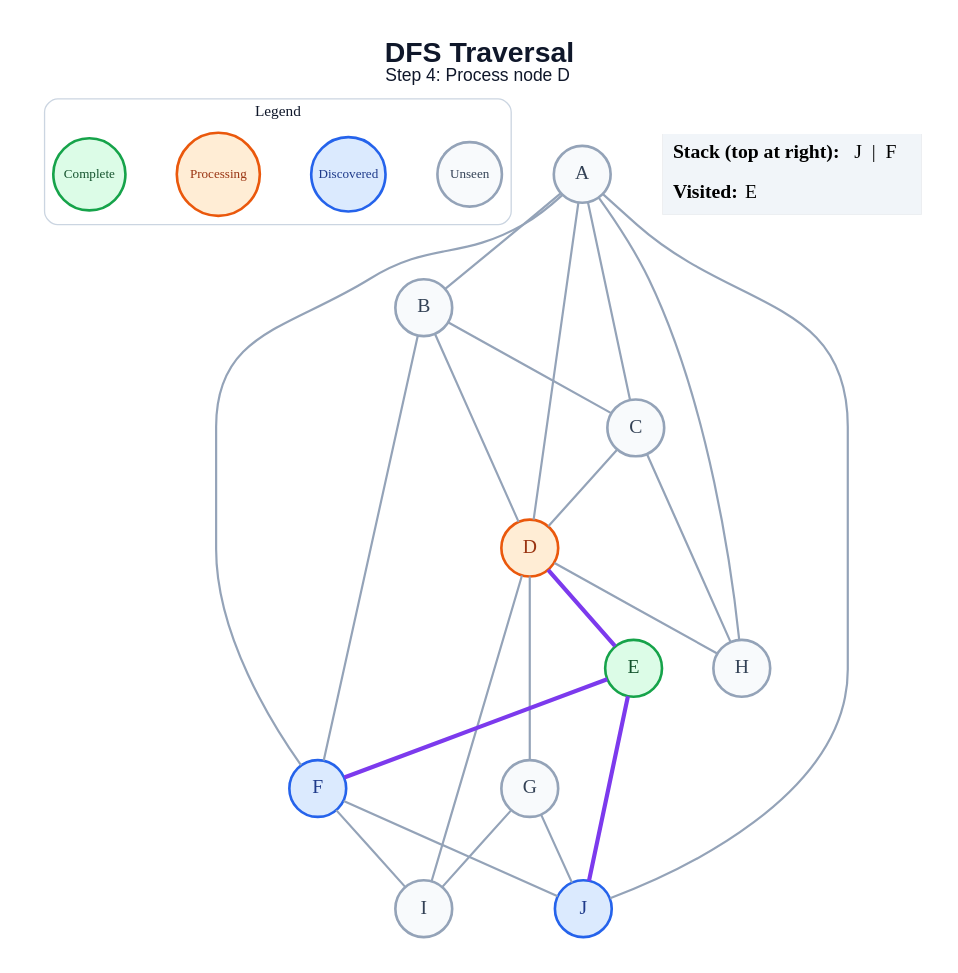
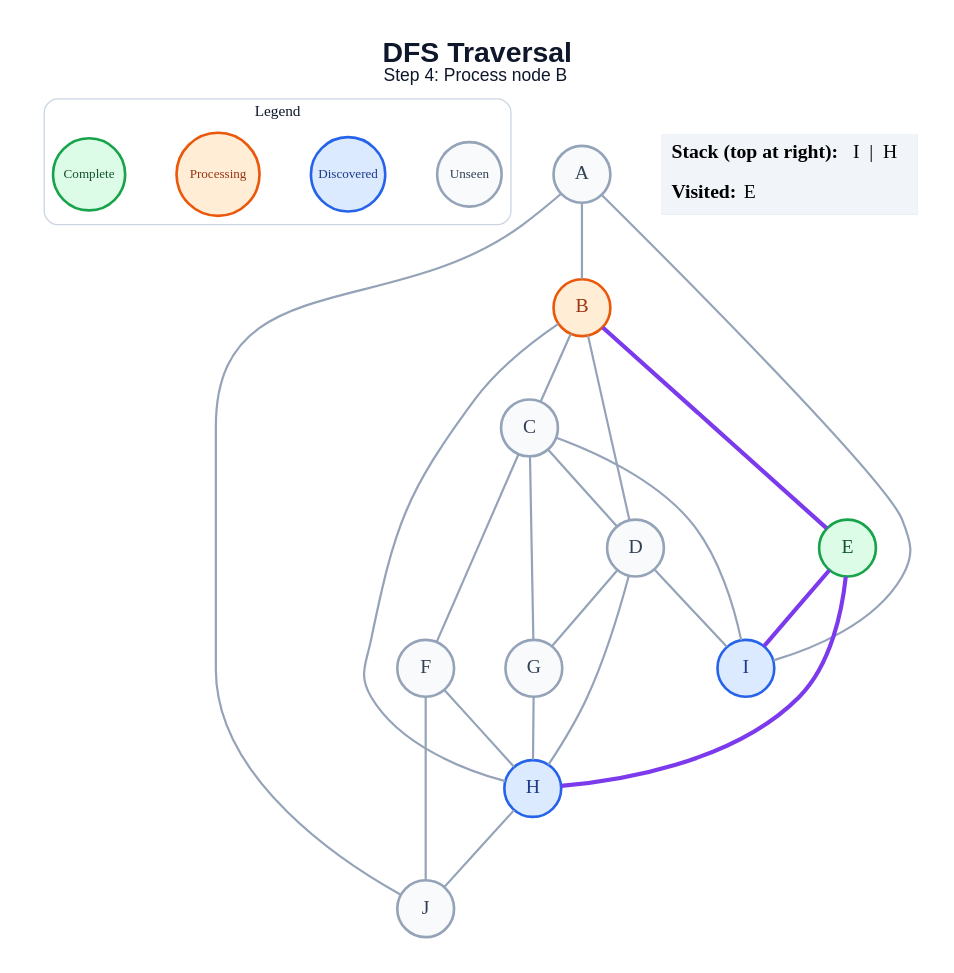
The diagram in generated/specific-node/dfs/step_04.dot (amanghodawala9/ai-slop), drawn with Graphviz before and after one commit. The commit also changed 178 other files, not shown here.

```diff
--- a/generated/specific-node/dfs/step_04.dot
+++ b/generated/specific-node/dfs/step_04.dot
@@ -1,50 +1,49 @@
 graph traversal {
   graph [layout=dot, rankdir=TB, bgcolor="#FFFFFF", pad="0.35", nodesep="0.65", ranksep="0.8", fontname="Arial"];
   node [shape=circle, style="filled", fontname="Arial Bold", fontsize=18, width=0.72, fixedsize=true, penwidth=2.4];
   edge [color="#94A3B8", penwidth=2.0];
-  label=<<B>DFS Traversal</B><BR/><FONT POINT-SIZE="16">Step 4: Process node D</FONT>>; labelloc="t"; fontsize=26; fontname="Arial"; fontcolor="#0F172A";
+  label=<<B>DFS Traversal</B><BR/><FONT POINT-SIZE="16">Step 4: Process node B</FONT>>; labelloc="t"; fontsize=26; fontname="Arial"; fontcolor="#0F172A";
   subgraph cluster_legend { label="Legend"; color="#CBD5E1"; penwidth=1.2; style="rounded"; fontsize=14; fontname="Arial Bold";
     key_unseen [label="Unseen", fillcolor="#F8FAFC", color="#94A3B8", fontcolor="#334155", fontsize=12, width=0.82];
     key_frontier [label="Discovered", fillcolor="#DBEAFE", color="#2563EB", fontcolor="#1E3A8A", fontsize=12, width=0.95];
     key_current [label="Processing", fillcolor="#FFEDD5", color="#EA580C", fontcolor="#9A3412", fontsize=12, width=1.05];
     key_done [label="Complete", fillcolor="#DCFCE7", color="#16A34A", fontcolor="#14532D", fontsize=12, width=0.92];
     { rank=same; key_unseen; key_frontier; key_current; key_done; }
   }
   A [fillcolor="#F8FAFC", color="#94A3B8", fontcolor="#334155"];
-  B [fillcolor="#F8FAFC", color="#94A3B8", fontcolor="#334155"];
+  B [fillcolor="#FFEDD5", color="#EA580C", fontcolor="#9A3412"];
   C [fillcolor="#F8FAFC", color="#94A3B8", fontcolor="#334155"];
-  D [fillcolor="#FFEDD5", color="#EA580C", fontcolor="#9A3412"];
+  D [fillcolor="#F8FAFC", color="#94A3B8", fontcolor="#334155"];
   E [fillcolor="#DCFCE7", color="#16A34A", fontcolor="#14532D"];
-  F [fillcolor="#DBEAFE", color="#2563EB", fontcolor="#1E3A8A"];
+  F [fillcolor="#F8FAFC", color="#94A3B8", fontcolor="#334155"];
   G [fillcolor="#F8FAFC", color="#94A3B8", fontcolor="#334155"];
-  H [fillcolor="#F8FAFC", color="#94A3B8", fontcolor="#334155"];
-  I [fillcolor="#F8FAFC", color="#94A3B8", fontcolor="#334155"];
-  J [fillcolor="#DBEAFE", color="#2563EB", fontcolor="#1E3A8A"];
+  H [fillcolor="#DBEAFE", color="#2563EB", fontcolor="#1E3A8A"];
+  I [fillcolor="#DBEAFE", color="#2563EB", fontcolor="#1E3A8A"];
+  J [fillcolor="#F8FAFC", color="#94A3B8", fontcolor="#334155"];
   A -- B;
-  A -- C;
-  A -- D;
-  A -- F;
-  A -- H;
+  A -- I;
   A -- J;
   B -- C;
   B -- D;
-  B -- F;
+  B -- E [color="#7C3AED", penwidth=3.8];
+  B -- H;
   C -- D;
-  C -- H;
-  D -- E [color="#7C3AED", penwidth=3.8];
+  C -- F;
+  C -- G;
+  C -- I;
   D -- G;
   D -- H;
   D -- I;
-  E -- F [color="#7C3AED", penwidth=3.8];
-  E -- J [color="#7C3AED", penwidth=3.8];
-  F -- I;
+  E -- H [color="#7C3AED", penwidth=3.8];
+  E -- I [color="#7C3AED", penwidth=3.8];
+  F -- H;
   F -- J;
-  G -- I;
-  G -- J;
+  G -- H;
+  H -- J;
   status [shape=plain, fixedsize=false, width=0, height=0, margin=0, label=<
     <TABLE BORDER="0" CELLBORDER="0" CELLPADDING="7" BGCOLOR="#F1F5F9">
-      <TR><TD ALIGN="LEFT"><B>Stack (top at right):</B> J  |  F</TD></TR>
+      <TR><TD ALIGN="LEFT"><B>Stack (top at right):</B> I  |  H</TD></TR>
       <TR><TD ALIGN="LEFT"><B>Visited:</B> E</TD></TR>
     </TABLE>
   >];
 }
```
